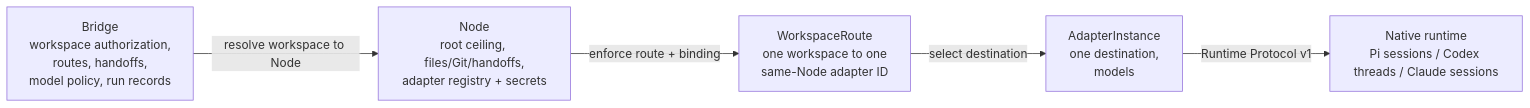
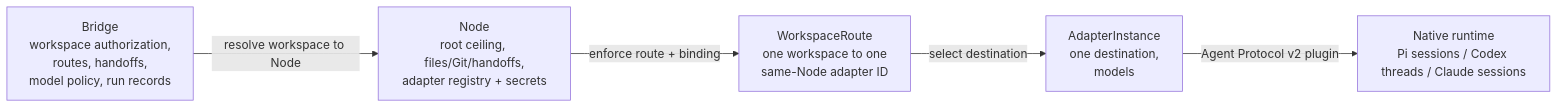
The second of 5 diagrams in docs/ARCHITECTURE.md (sheldonxxxx/workspace-bridge), drawn with Mermaid before and after one commit. The commit also changed other lines of this file and 20 other files, not shown here.

````diff
--- a/docs/ARCHITECTURE.md
+++ b/docs/ARCHITECTURE.md
@@ -109,12 +118,12 @@
 ```mermaid
 flowchart LR
     Bridge["Bridge<br/>workspace authorization,<br/>routes, handoffs,<br/>model policy, run records"]
     Node["Node<br/>root ceiling, files/Git/handoffs,<br/>adapter registry + secrets"]
     Route["WorkspaceRoute<br/>one workspace to one<br/>same-Node adapter ID"]
     Adapter["AdapterInstance<br/>one destination,<br/>models"]
     Native["Native runtime<br/>Pi sessions / Codex threads / Claude sessions"]
     Bridge -->|"resolve workspace to Node"| Node
     Node -->|"enforce route + binding"| Route
     Route -->|"select destination"| Adapter
-    Adapter -->|"Runtime Protocol v1"| Native
+    Adapter -->|"Agent Protocol v2 plugin"| Native
 ```
````
